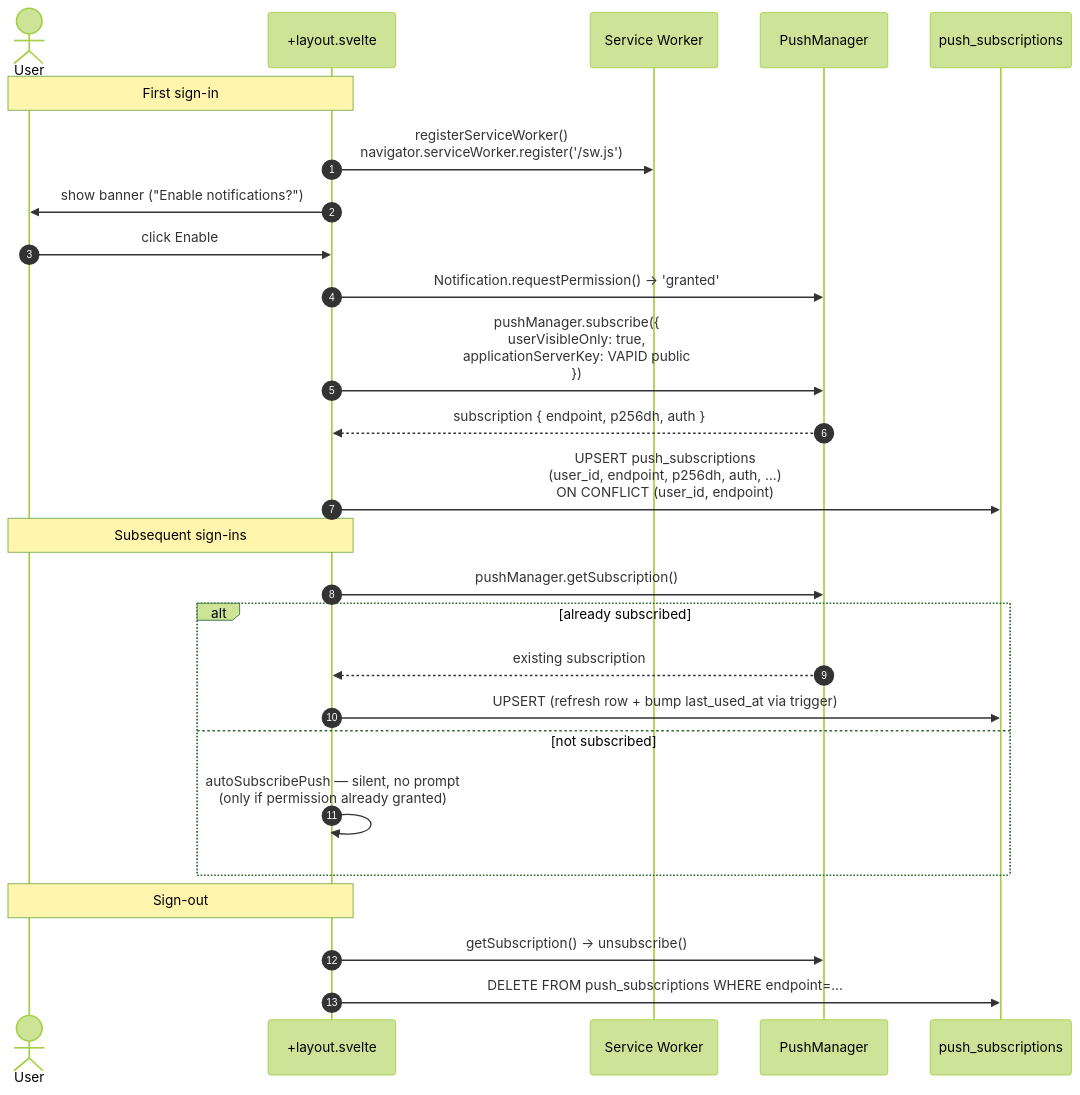
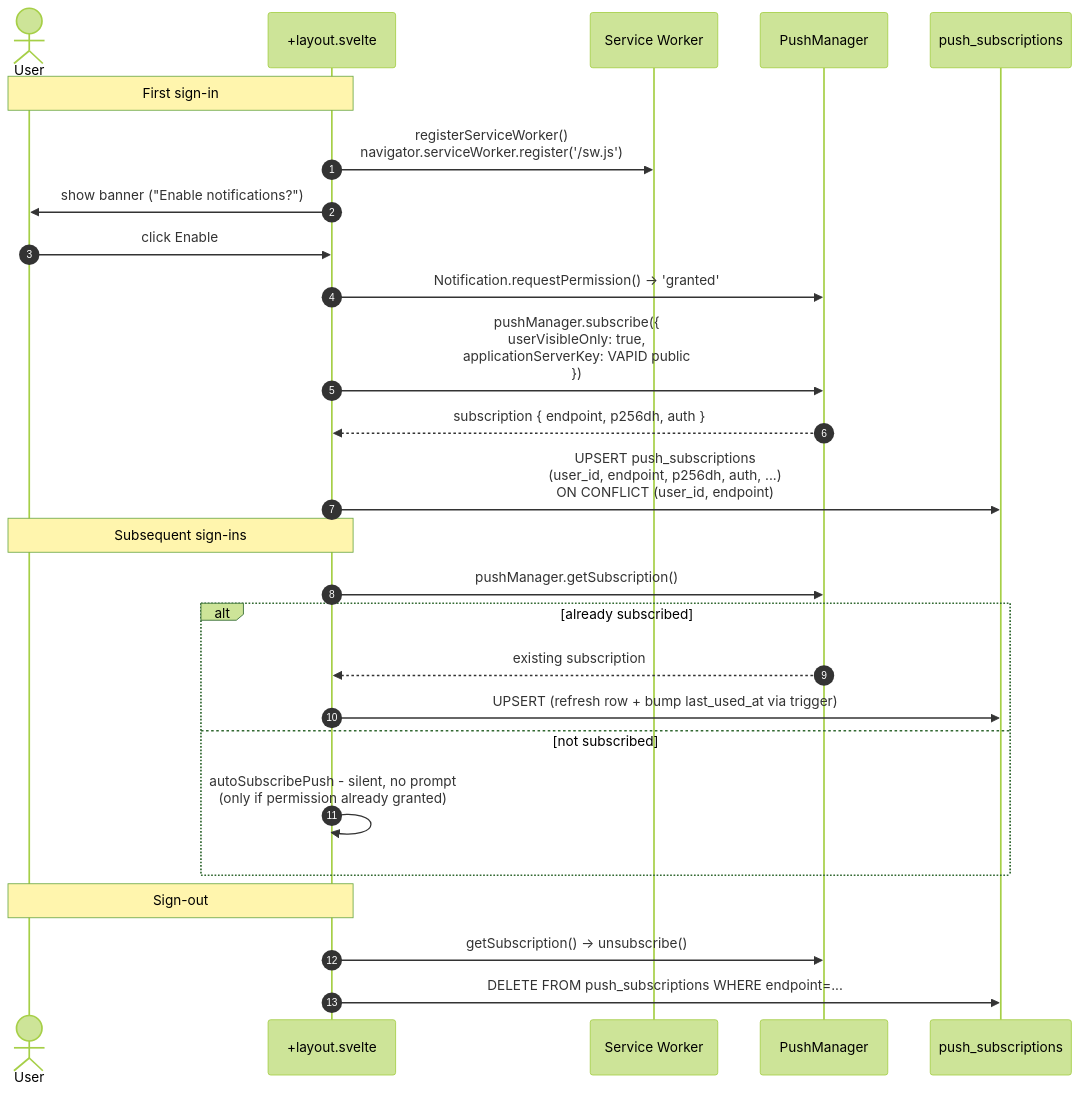
One commit to adrianghub/portfelik changed the second of 2 diagrams in docs/architecture/flows/notifications-push.md. Above: the diagram before and after it, drawn with Mermaid (forest theme). The commit also changed other lines of this file and 130 other files, not shown here.

````diff
--- a/docs/architecture/flows/notifications-push.md
+++ b/docs/architecture/flows/notifications-push.md
@@ -75,31 +75,31 @@
 ```mermaid
 sequenceDiagram
     autonumber
     actor U as User
     participant SPA as +layout.svelte
     participant SW as Service Worker
     participant PM as PushManager
     participant DB as push_subscriptions
 
     Note over U,SPA: First sign-in
     SPA->>SW: registerServiceWorker()<br/>navigator.serviceWorker.register('/sw.js')
     SPA->>U: show banner ("Enable notifications?")
     U->>SPA: click Enable
     SPA->>PM: Notification.requestPermission() → 'granted'
     SPA->>PM: pushManager.subscribe({<br/>  userVisibleOnly: true,<br/>  applicationServerKey: VAPID public<br/>})
     PM-->>SPA: subscription { endpoint, p256dh, auth }
     SPA->>DB: UPSERT push_subscriptions<br/>(user_id, endpoint, p256dh, auth, ...)<br/>ON CONFLICT (user_id, endpoint)
 
     Note over U,SPA: Subsequent sign-ins
     SPA->>PM: pushManager.getSubscription()
     alt already subscribed
         PM-->>SPA: existing subscription
         SPA->>DB: UPSERT (refresh row + bump last_used_at via trigger)
     else not subscribed
-        SPA->>SPA: autoSubscribePush — silent, no prompt<br/>(only if permission already granted)
+        SPA->>SPA: autoSubscribePush - silent, no prompt<br/>(only if permission already granted)
     end
 
     Note over U,SPA: Sign-out
     SPA->>PM: getSubscription() → unsubscribe()
     SPA->>DB: DELETE FROM push_subscriptions WHERE endpoint=...
 ```
````
